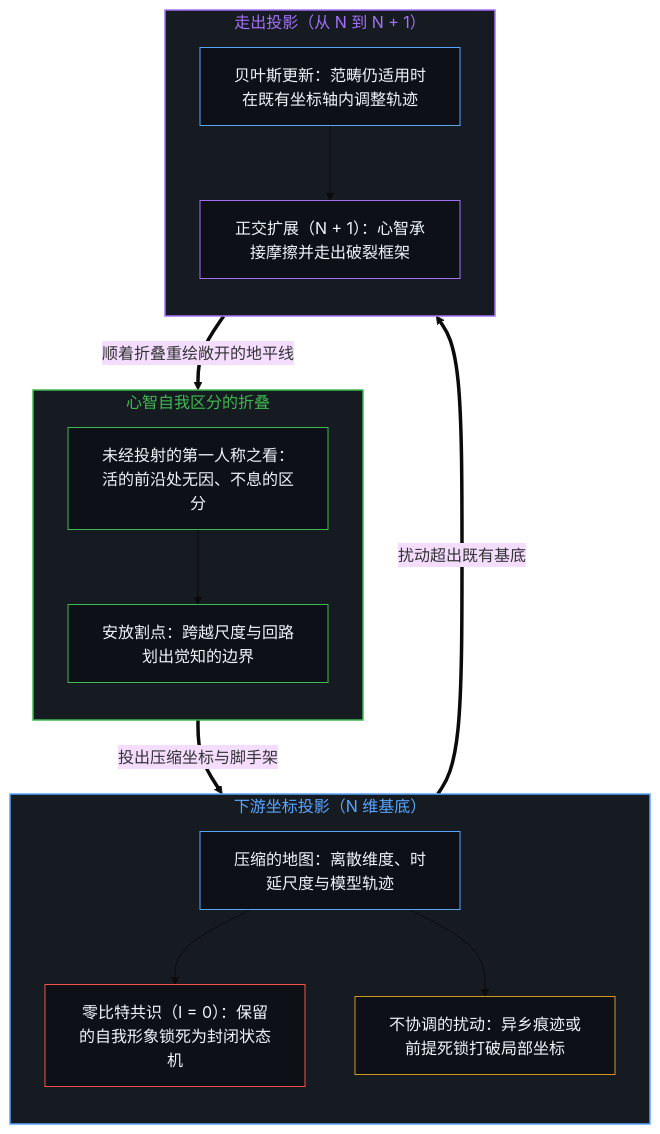
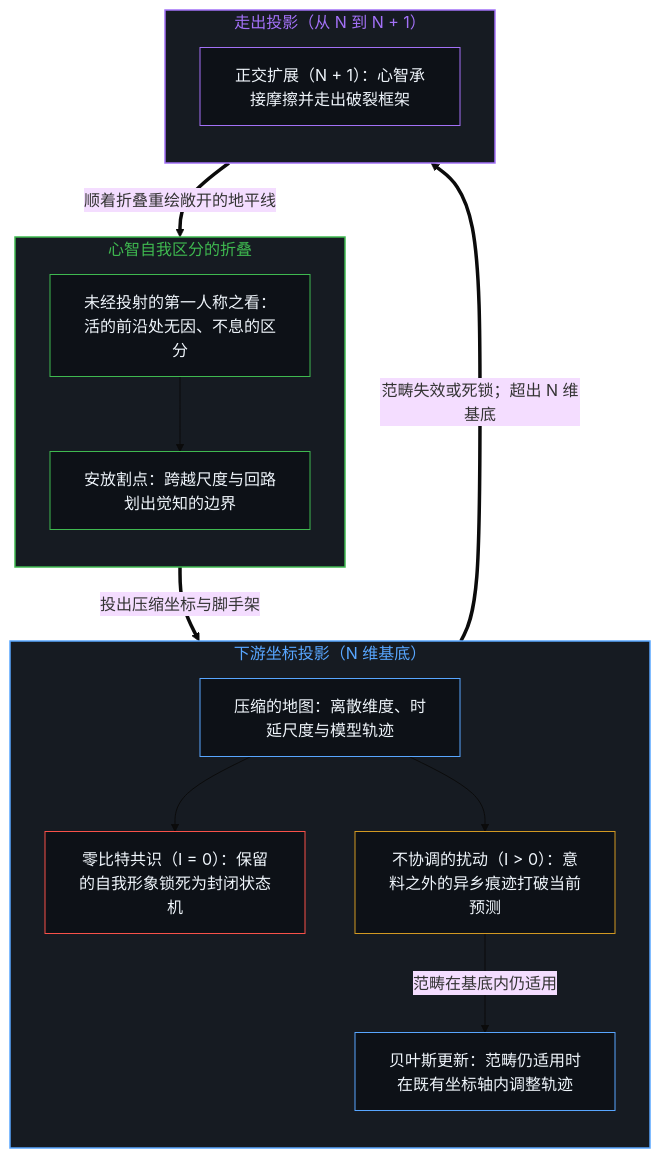
The first of 2 diagrams in content/posts/the-continuum-of-the-fold.md (powerpig99/not-a-toe), drawn with Mermaid (base theme) before and after one commit. The commit also changed other lines of this file and 5 other files, not shown here.

````diff
--- a/content/posts/the-continuum-of-the-fold.md
+++ b/content/posts/the-continuum-of-the-fold.md
@@ -73,36 +73,36 @@
 ```mermaid
 flowchart TD
     subgraph S_Fold["心智自我区分的折叠"]
         direction TB
         F_Look["未经投射的第一人称之看：活的前沿处无因、不息的区分"]
         F_Cut["安放割点：跨越尺度与回路划出觉知的边界"]
         F_Look --> F_Cut
     end
     subgraph S_Proj["下游坐标投影（N 维基底）"]
         direction TB
         P_Coord["压缩的地图：离散维度、时延尺度与模型轨迹"]
         P_Echo["零比特共识（I = 0）：保留的自我形象锁死为封闭状态机"]
-        P_Collide["不协调的扰动：异乡痕迹或前提死锁打破局部坐标"]
+        P_Collide["不协调的扰动（I > 0）：意料之外的异乡痕迹打破当前预测"]
+        E_Update["贝叶斯更新：范畴仍适用时在既有坐标轴内调整轨迹"]
         P_Coord --> P_Echo
         P_Coord --> P_Collide
+        P_Collide -->|"范畴在基底内仍适用"| E_Update
     end
     subgraph S_Expand["走出投影（从 N 到 N + 1）"]
         direction TB
-        E_Update["贝叶斯更新：范畴仍适用时在既有坐标轴内调整轨迹"]
         E_Ortho["正交扩展（N + 1）：心智承接摩擦并走出破裂框架"]
-        E_Update --> E_Ortho
     end
     F_Cut ==>|"投出压缩坐标与脚手架"| P_Coord
-    P_Collide ==>|"扰动超出既有基底"| E_Update
+    P_Collide ==>|"范畴失效或死锁；超出 N 维基底"| E_Ortho
     E_Ortho ==>|"顺着折叠重绘敞开的地平线"| F_Look
     style S_Fold fill:#161b22,stroke:#3fb950,stroke-width:1.5px,color:#3fb950
     style S_Proj fill:#161b22,stroke:#58a6ff,stroke-width:1.5px,color:#58a6ff
     style S_Expand fill:#161b22,stroke:#a371f7,stroke-width:1.5px,color:#a371f7
     style F_Look fill:#0d1117,stroke:#3fb950,stroke-width:1px,color:#f0f6fc
     style F_Cut fill:#0d1117,stroke:#3fb950,stroke-width:1px,color:#f0f6fc
     style P_Coord fill:#0d1117,stroke:#58a6ff,stroke-width:1px,color:#f0f6fc
     style P_Echo fill:#0d1117,stroke:#f85149,stroke-width:1px,color:#f0f6fc
     style P_Collide fill:#0d1117,stroke:#d29922,stroke-width:1px,color:#f0f6fc
     style E_Update fill:#0d1117,stroke:#58a6ff,stroke-width:1px,color:#f0f6fc
     style E_Ortho fill:#0d1117,stroke:#a371f7,stroke-width:1px,color:#f0f6fc
 ```
````
